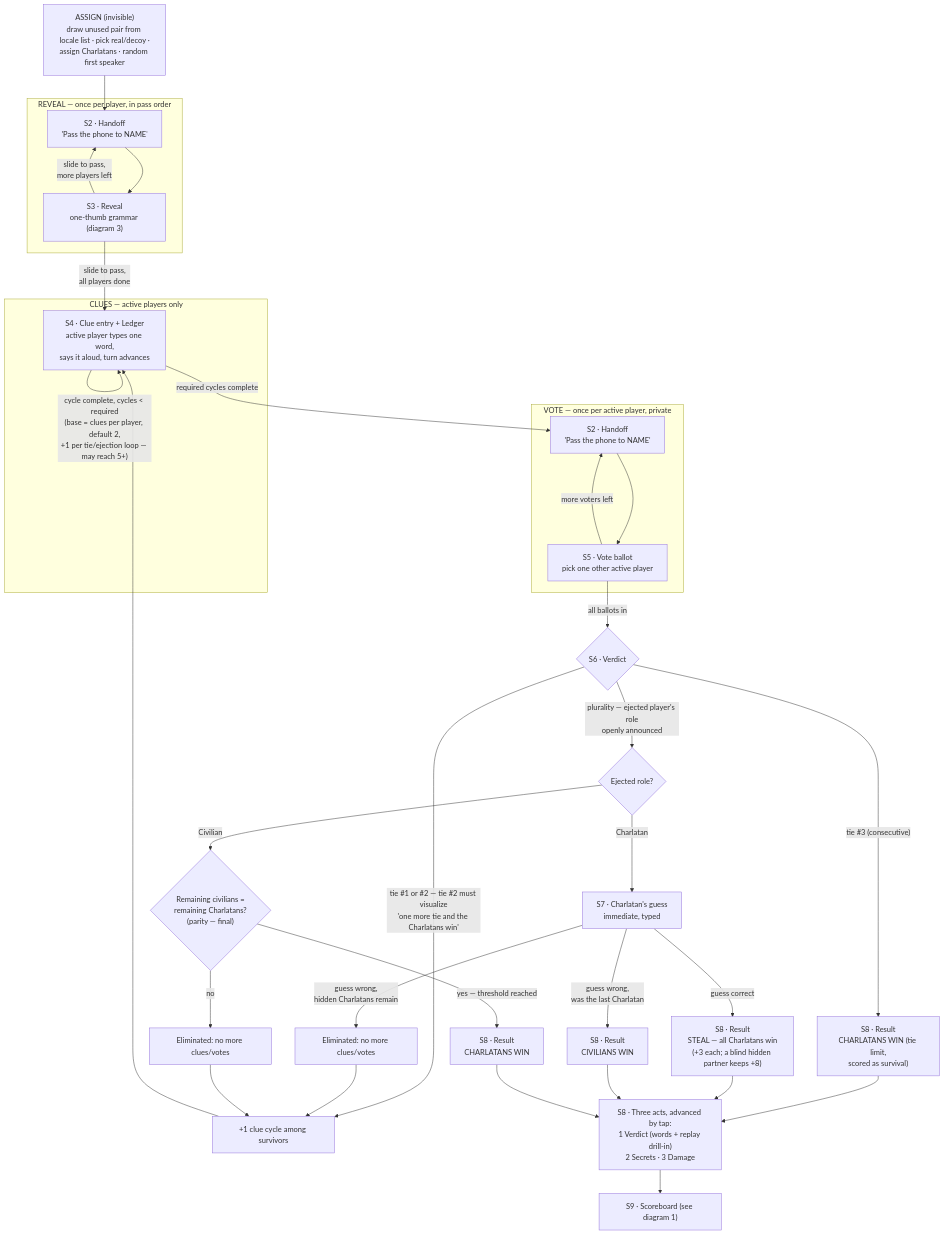
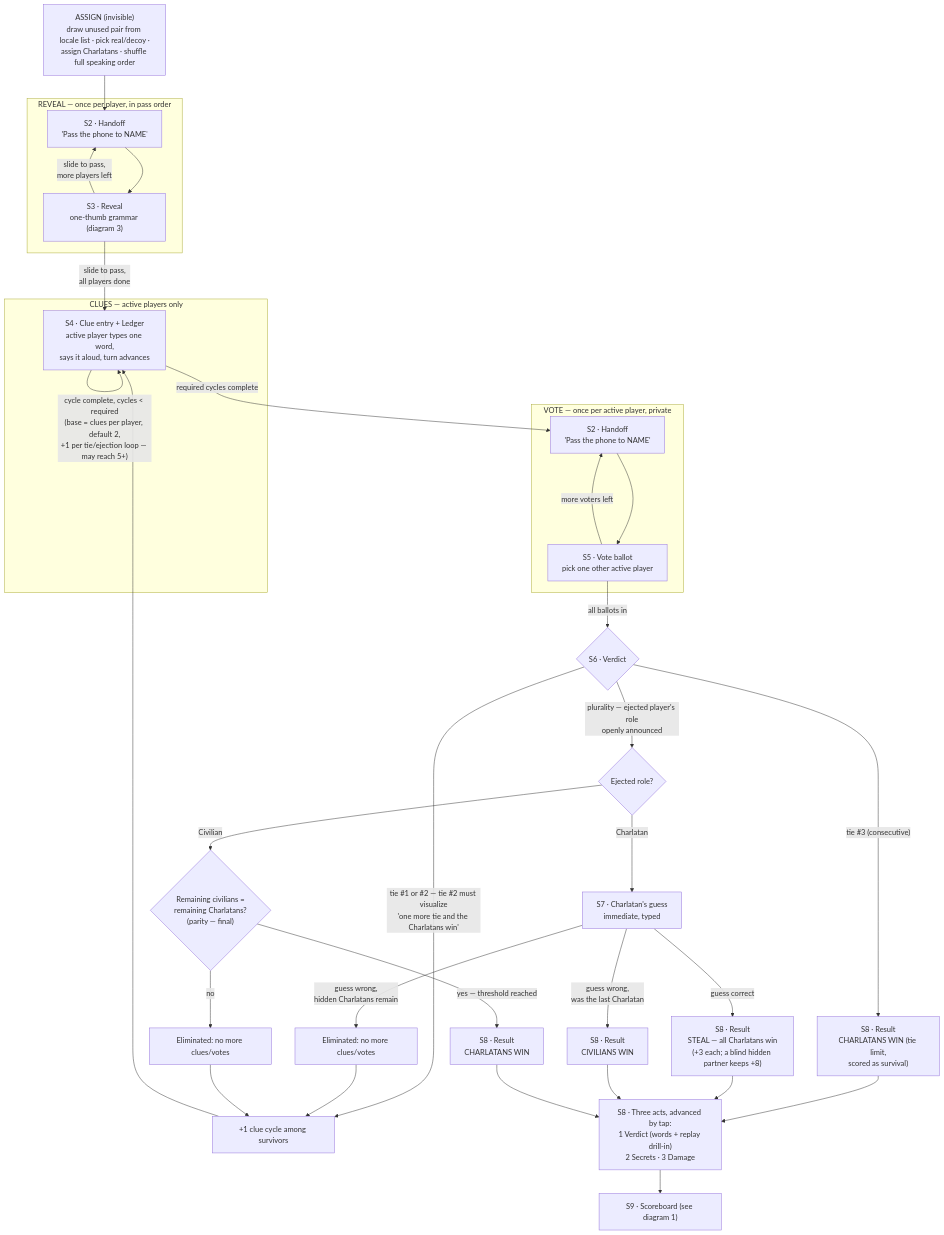
Before and after one commit to jalieven/charlatan: the second of 4 diagrams in docs/02-flows.md, drawn with Mermaid. The commit also changed other lines of this file and 6 other files, not shown here.

First line of the commit message:
Shuffle the full speaking order each round instead of rotating from a random first speaker

````diff
--- a/docs/02-flows.md
+++ b/docs/02-flows.md
@@ -31,42 +31,42 @@
 ```mermaid
 flowchart TD
-    Assign["ASSIGN (invisible)<br/>draw unused pair from locale list · pick real/decoy ·<br/>assign Charlatans · random first speaker"]
+    Assign["ASSIGN (invisible)<br/>draw unused pair from locale list · pick real/decoy ·<br/>assign Charlatans · shuffle full speaking order"]
     Assign --> H1["S2 · Handoff<br/>'Pass the phone to NAME'"]
 
     subgraph RevealLoop["REVEAL — once per player, in pass order"]
         H1 --> S3["S3 · Reveal<br/>one-thumb grammar (diagram 3)"]
         S3 -->|slide to pass,<br/>more players left| H1
     end
     S3 -->|slide to pass,<br/>all players done| Clues
 
     subgraph ClueLoop["CLUES — active players only"]
         Clues["S4 · Clue entry + Ledger<br/>active player types one word,<br/>says it aloud, turn advances"]
         Clues -->|"cycle complete, cycles < required<br/>(base = clues per player, default 2,<br/>+1 per tie/ejection loop — may reach 5+)"| Clues
     end
     Clues -->|required cycles complete| H2["S2 · Handoff<br/>'Pass the phone to NAME'"]
 
     subgraph VoteLoop["VOTE — once per active player, private"]
         H2 --> S5["S5 · Vote ballot<br/>pick one other active player"]
         S5 -->|more voters left| H2
     end
     S5 -->|all ballots in| S6{"S6 · Verdict"}
 
     S6 -->|"tie #1 or #2 — tie #2 must visualize<br/>'one more tie and the Charlatans win'"| ExtraClue["+1 clue cycle among survivors"] --> Clues
     S6 -->|"tie #3 (consecutive)"| ResultTies["S8 · Result<br/>CHARLATANS WIN (tie limit,<br/>scored as survival)"]
     S6 -->|"plurality — ejected player's role<br/>openly announced"| Role{"Ejected role?"}
 
     Role -->|Charlatan| Guess["S7 · Charlatan's guess<br/>immediate, typed"]
     Guess -->|guess correct| ResultSteal["S8 · Result<br/>STEAL — all Charlatans win<br/>(+3 each; a blind hidden partner keeps +8)"]
     Guess -->|"guess wrong,<br/>hidden Charlatans remain"| Eliminate1["Eliminated: no more clues/votes"] --> ExtraClue
     Guess -->|"guess wrong,<br/>was the last Charlatan"| ResultCiv["S8 · Result<br/>CIVILIANS WIN"]
 
     Role -->|Civilian| Threshold{"Remaining civilians =<br/>remaining Charlatans?<br/>(parity — final)"}
     Threshold -->|"yes — threshold reached"| ResultChar["S8 · Result<br/>CHARLATANS WIN"]
     Threshold -->|no| Eliminate2["Eliminated: no more clues/votes"] --> ExtraClue
 
     ResultTies --> Acts["S8 · Three acts, advanced by tap:<br/>1 Verdict (words + replay drill-in)<br/>2 Secrets · 3 Damage"]
     ResultSteal --> Acts
     ResultCiv --> Acts
     ResultChar --> Acts
     Acts --> Score["S9 · Scoreboard (see diagram 1)"]
 ```
````
